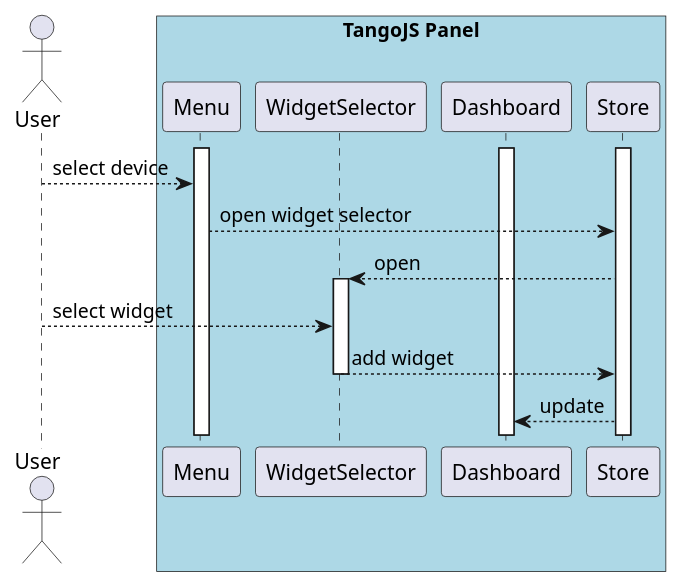
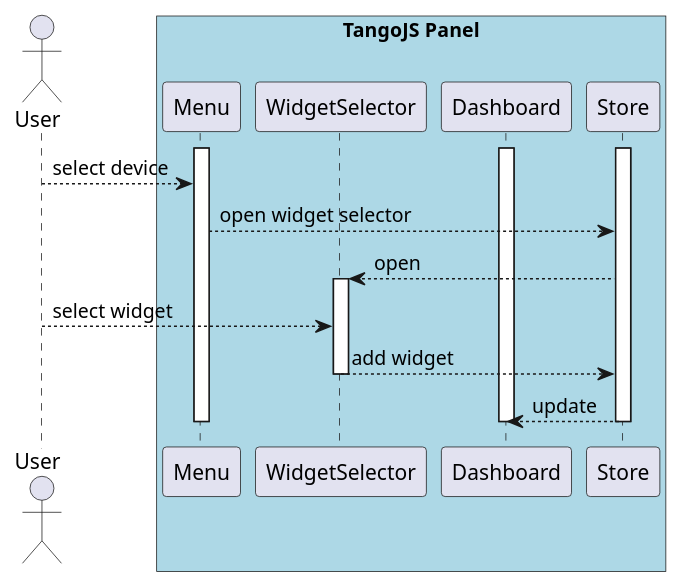
The diagram in papers/case-study/figures/uml-source/03-tangojs-panel-flow.pu (mliszcz/msc-thesis), drawn with PlantUML before and after one commit. The commit also changed 1 other file, not shown here.

```diff
--- a/papers/case-study/figures/uml-source/03-tangojs-panel-flow.pu
+++ b/papers/case-study/figures/uml-source/03-tangojs-panel-flow.pu
@@ -1,24 +1,28 @@
 @startuml
 
 actor User as USER
 box "TangoJS Panel" #LightBlue
   participant Menu as MENU
   participant WidgetSelector as WS
   participant Dashboard as DB
   participant Store as STORE
 end box
 
 activate MENU
 activate DB
 activate STORE
 
 USER --> MENU : select device
 MENU --> STORE : open widget selector
 STORE --> WS: open
 activate WS
 USER --> WS : select widget
 WS --> STORE : add widget
 deactivate WS
 STORE --> DB : update
+deactivate MENU
+deactivate WS
+deactivate DB
+deactivate STORE
 
 @enduml
```
